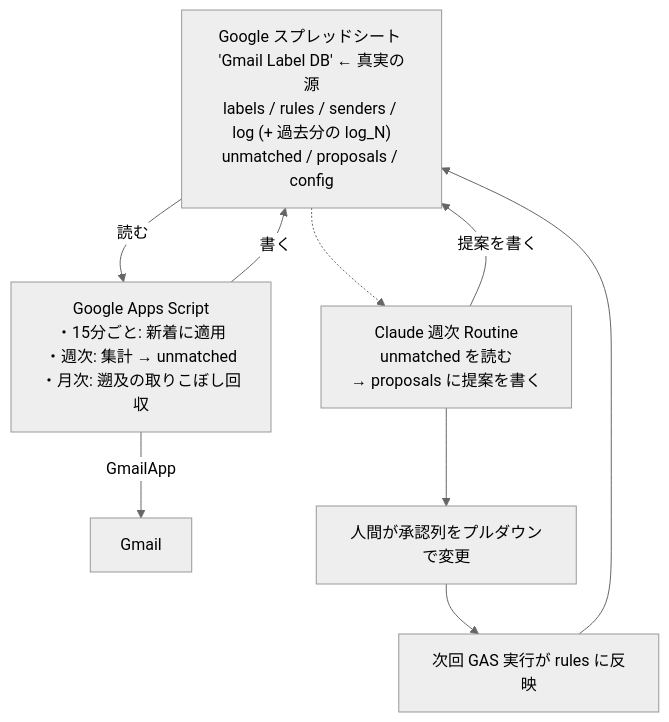
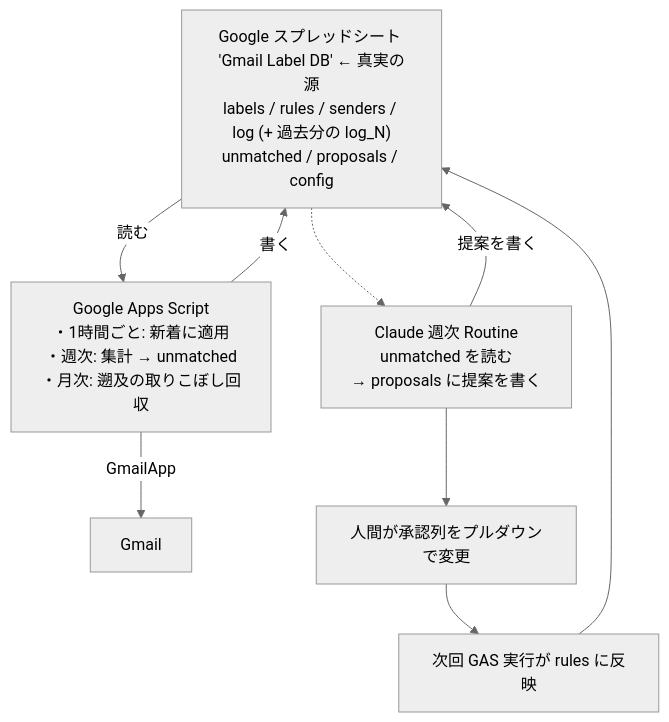
One commit to nagahamm/gmail-organizer changed the diagram in docs/design.md. Above: the diagram before and after it, drawn with Mermaid (neutral theme). The commit also changed other lines of this file and 9 other files, not shown here.

````diff
--- a/docs/design.md
+++ b/docs/design.md
@@ -207,18 +207,18 @@
 ```mermaid
 flowchart TB
     Sheet["Google スプレッドシート 'Gmail Label DB' ← 真実の源\nlabels / rules / senders / log (+ 過去分の log_N)\nunmatched / proposals / config"]
-    GAS["Google Apps Script\n・15分ごと: 新着に適用\n・週次: 集計 → unmatched\n・月次: 遡及の取りこぼし回収"]
+    GAS["Google Apps Script\n・1時間ごと: 新着に適用\n・週次: 集計 → unmatched\n・月次: 遡及の取りこぼし回収"]
     Gmail["Gmail"]
     Routine["Claude 週次 Routine\nunmatched を読む\n→ proposals に提案を書く"]
     Human["人間が承認列をプルダウンで変更"]
     Apply["次回 GAS 実行が rules に反映"]
 
     Sheet -- 読む --> GAS
     GAS -- 書く --> Sheet
     GAS -- GmailApp --> Gmail
     Sheet -.-> Routine
     Routine -- 提案を書く --> Sheet
     Routine --> Human
     Human --> Apply
     Apply --> Sheet
 ```
````
